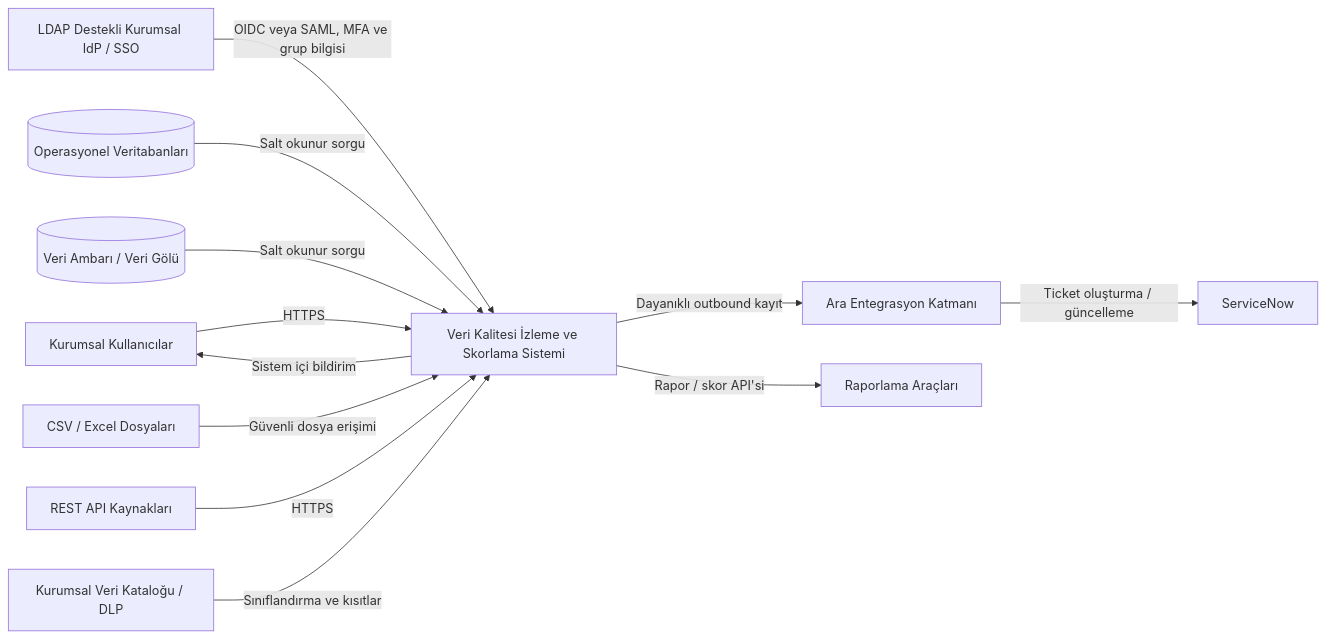
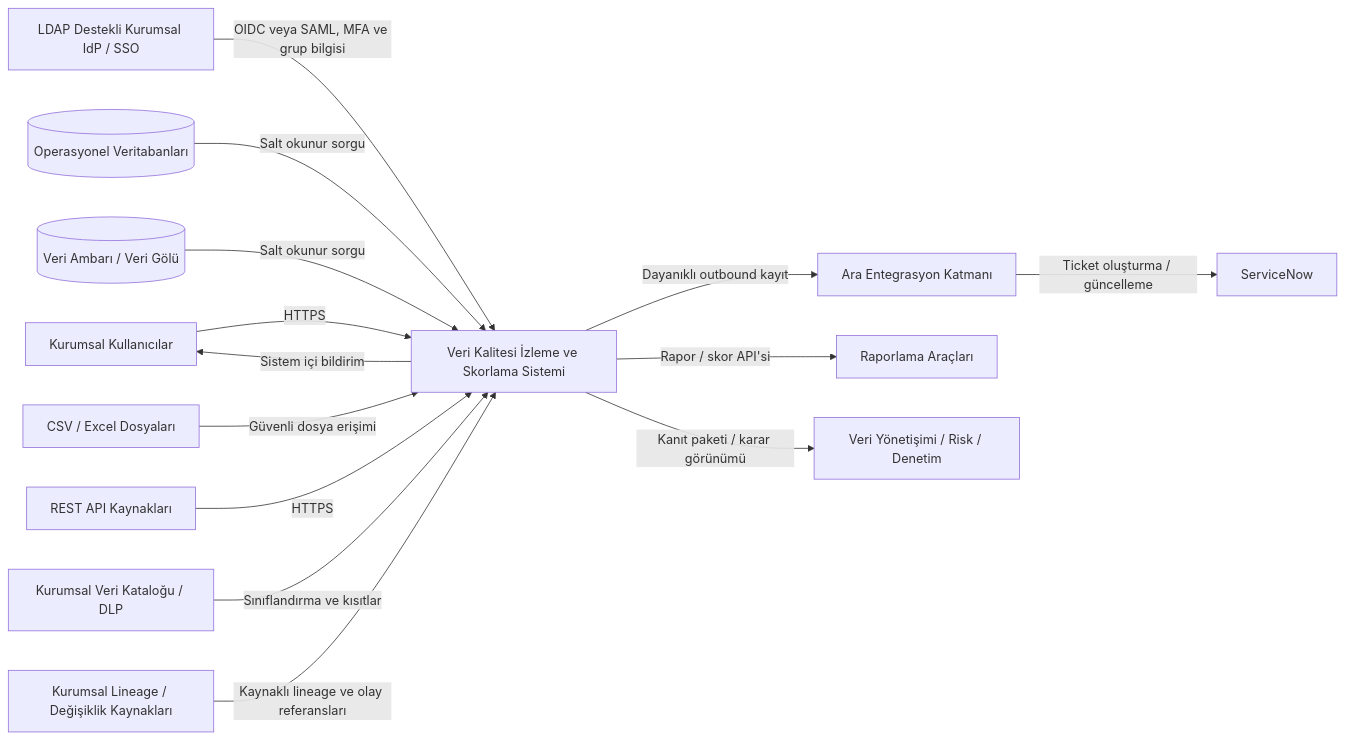
Before and after one commit to yusufipek2049/veri-kalitesi-sistemi: the diagram in 02-Mimari/Sistem-Baglami.md, drawn with Mermaid. The commit also changed other lines of this file and 58 other files, not shown here.

````diff
--- a/02-Mimari/Sistem-Baglami.md
+++ b/02-Mimari/Sistem-Baglami.md
@@ -22,14 +22,16 @@
 ```mermaid
 flowchart LR
     U[Kurumsal Kullanıcılar] -->|HTTPS| DQ[Veri Kalitesi İzleme ve Skorlama Sistemi]
     IDP[LDAP Destekli Kurumsal IdP / SSO] -->|OIDC veya SAML, MFA ve grup bilgisi| DQ
     DB[(Operasyonel Veritabanları)] -->|Salt okunur sorgu| DQ
     DW[(Veri Ambarı / Veri Gölü)] -->|Salt okunur sorgu| DQ
     FILE[CSV / Excel Dosyaları] -->|Güvenli dosya erişimi| DQ
     API[REST API Kaynakları] -->|HTTPS| DQ
     DQ -->|Sistem içi bildirim| U
     DQ -->|Dayanıklı outbound kayıt| INT[Ara Entegrasyon Katmanı]
     INT -->|Ticket oluşturma / güncelleme| SN[ServiceNow]
     DQ -->|Rapor / skor API'si| BI[Raporlama Araçları]
     CAT[Kurumsal Veri Kataloğu / DLP] -->|Sınıflandırma ve kısıtlar| DQ
+    LIN[Kurumsal Lineage / Değişiklik Kaynakları] -->|Kaynaklı lineage ve olay referansları| DQ
+    DQ -->|Kanıt paketi / karar görünümü| GOV[Veri Yönetişimi / Risk / Denetim]
 ```
````
